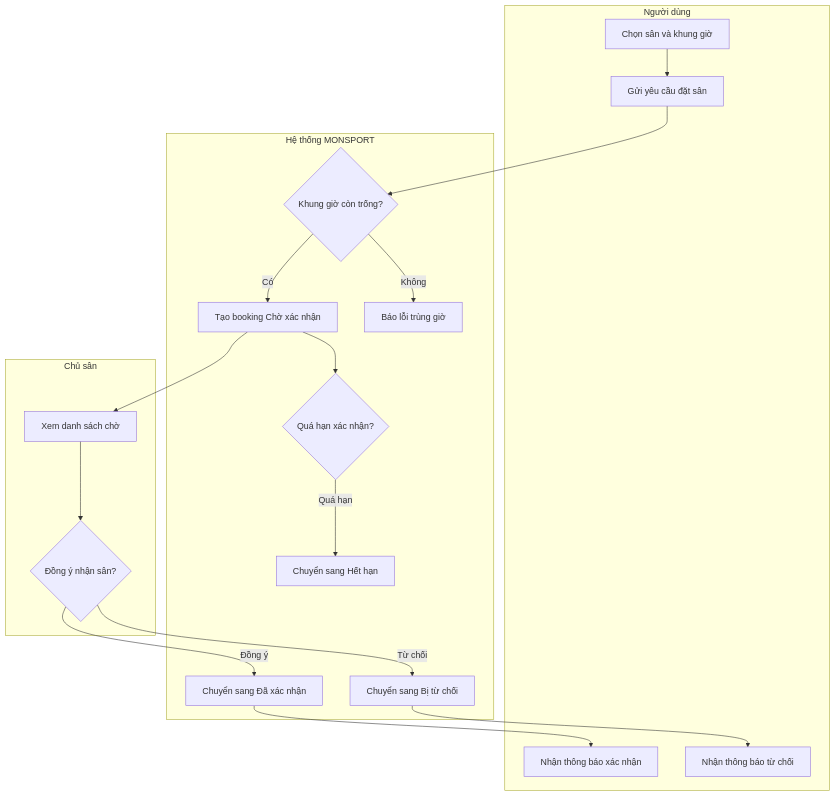
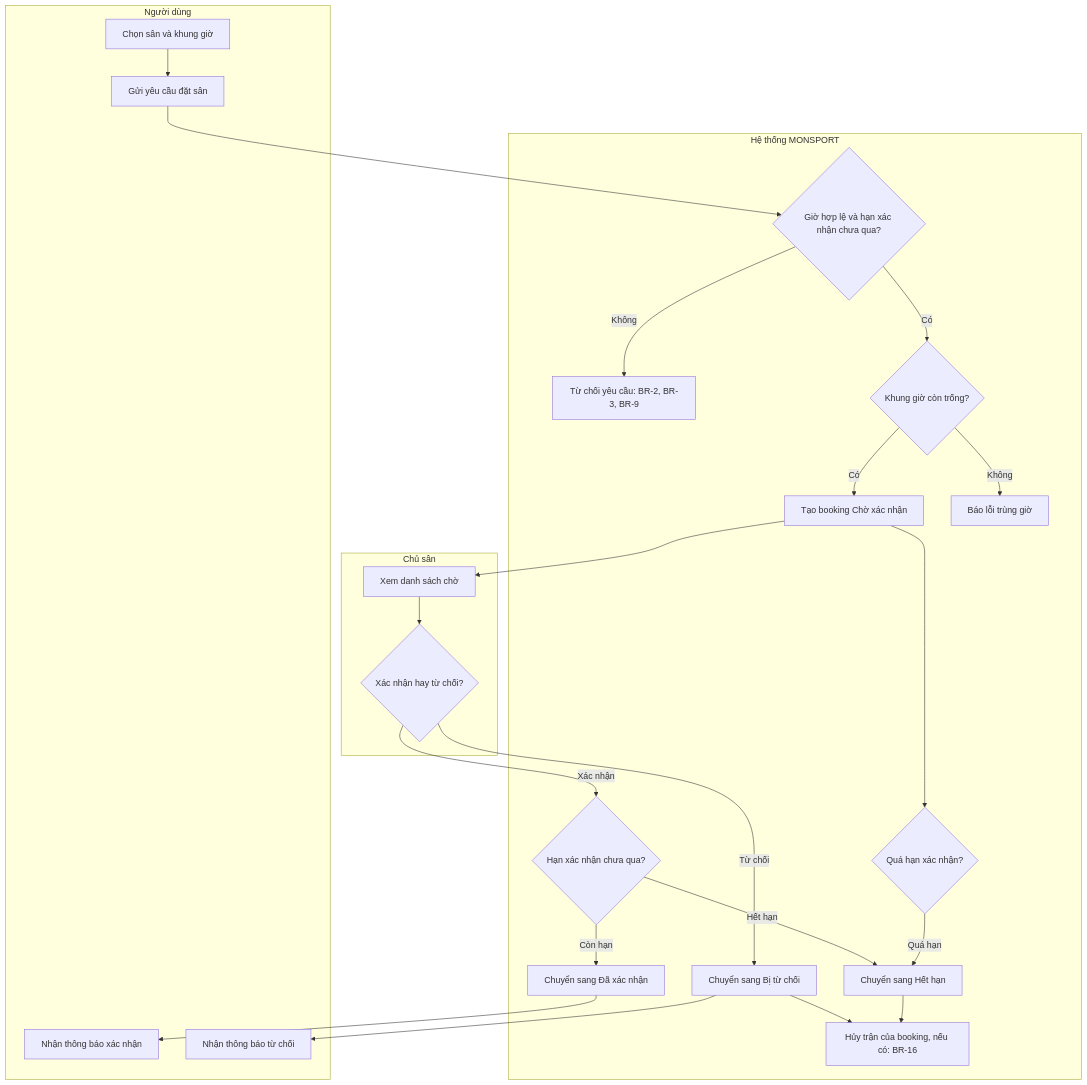
The fourth of 9 diagrams in docs/requirements/models.md (Tlerd/MON-Sport), drawn with Mermaid before and after one commit. The commit also changed other lines of this file, not shown here.

````diff
--- a/docs/requirements/models.md
+++ b/docs/requirements/models.md
@@ -102,29 +112,39 @@
 ```mermaid
 flowchart TB
     subgraph P[Người dùng]
         p1[Chọn sân và khung giờ] --> p2[Gửi yêu cầu đặt sân]
         p3[Nhận thông báo xác nhận]
         p4[Nhận thông báo từ chối]
     end
     subgraph S[Hệ thống MONSPORT]
+        s0{Giờ hợp lệ và hạn xác nhận chưa qua?}
+        s0x[Từ chối yêu cầu: BR-2, BR-3, BR-9]
         s1{Khung giờ còn trống?}
         s2[Tạo booking Chờ xác nhận]
         s3[Báo lỗi trùng giờ]
         s4{Quá hạn xác nhận?}
         s5[Chuyển sang Hết hạn]
+        s8[Hủy trận của booking, nếu có: BR-16]
+        s6a{Hạn xác nhận chưa qua?}
         s6[Chuyển sang Đã xác nhận]
         s7[Chuyển sang Bị từ chối]
     end
     subgraph O[Chủ sân]
         o1[Xem danh sách chờ]
-        o2{Đồng ý nhận sân?}
+        o2{Xác nhận hay từ chối?}
     end
-    p2 --> s1
+    p2 --> s0
+    s0 -- Có --> s1
+    s0 -- Không --> s0x
     s1 -- Có --> s2 --> o1
     s1 -- Không --> s3
     o1 --> o2
-    o2 -- Đồng ý --> s6 --> p3
+    o2 -- Xác nhận --> s6a
+    s6a -- Còn hạn --> s6 --> p3
+    s6a -- Hết hạn --> s5
     o2 -- Từ chối --> s7 --> p4
+    s7 --> s8
     s2 --> s4
     s4 -- Quá hạn --> s5
+    s5 --> s8
 ```
````
